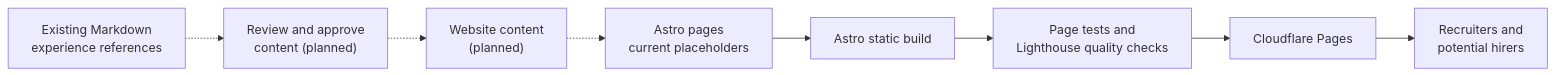
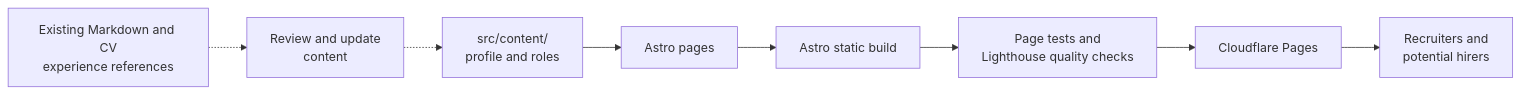
One commit to 6210/dfpf-26-27 changed the second of 2 diagrams in README.MD. Above: the diagram before and after it, drawn with Mermaid. The commit also changed other lines of this file and 12 other files, not shown here.

````diff
--- a/README.MD
+++ b/README.MD
@@ -159,16 +217,16 @@
 ```mermaid
 flowchart LR
-    Docs["Existing Markdown<br/>experience references"]
-    Review["Review and approve<br/>content (planned)"]
-    Content["Website content<br/>(planned)"]
-    Page["Astro pages<br/>current placeholders"]
+    Docs["Existing Markdown and CV<br/>experience references"]
+    Review["Review and update<br/>content"]
+    Content["src/content/<br/>profile and roles"]
+    Page["Astro pages"]
     Build["Astro static build"]
     Checks["Page tests and<br/>Lighthouse quality checks"]
     Deploy["Cloudflare Pages"]
     Site["Recruiters and<br/>potential hirers"]
 
     Docs -.-> Review
     Review -.-> Content
-    Content -.-> Page
+    Content --> Page
     Page --> Build --> Checks --> Deploy --> Site
 ```
````
